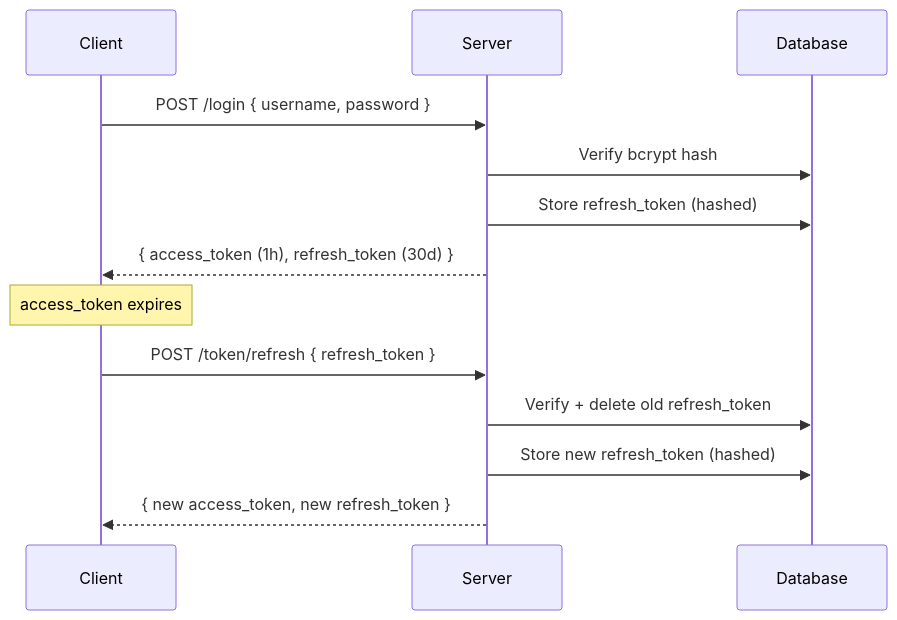
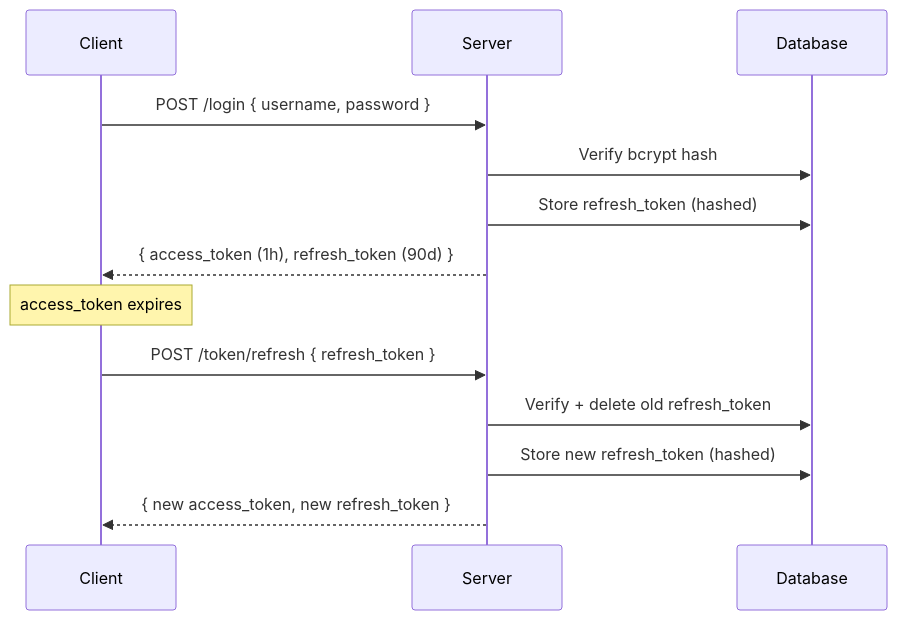
One commit to korjwl1/toki-sync changed the third of 3 diagrams in docs/DESIGN.md. Above: the diagram before and after it, drawn with Mermaid. The commit also changed other lines of this file and 19 other files, not shown here.

Commit message:
docs: update deploy guides, config, .env for device code flow + registration_mode

````diff
--- a/docs/DESIGN.md
+++ b/docs/DESIGN.md
@@ -255,18 +255,18 @@
 ```mermaid
 sequenceDiagram
     participant C as Client
     participant S as Server
     participant DB as Database
 
     C->>S: POST /login { username, password }
     S->>DB: Verify bcrypt hash
     S->>DB: Store refresh_token (hashed)
-    S-->>C: { access_token (1h), refresh_token (30d) }
+    S-->>C: { access_token (1h), refresh_token (90d) }
 
     Note over C: access_token expires
 
     C->>S: POST /token/refresh { refresh_token }
     S->>DB: Verify + delete old refresh_token
     S->>DB: Store new refresh_token (hashed)
     S-->>C: { new access_token, new refresh_token }
 ```
````
